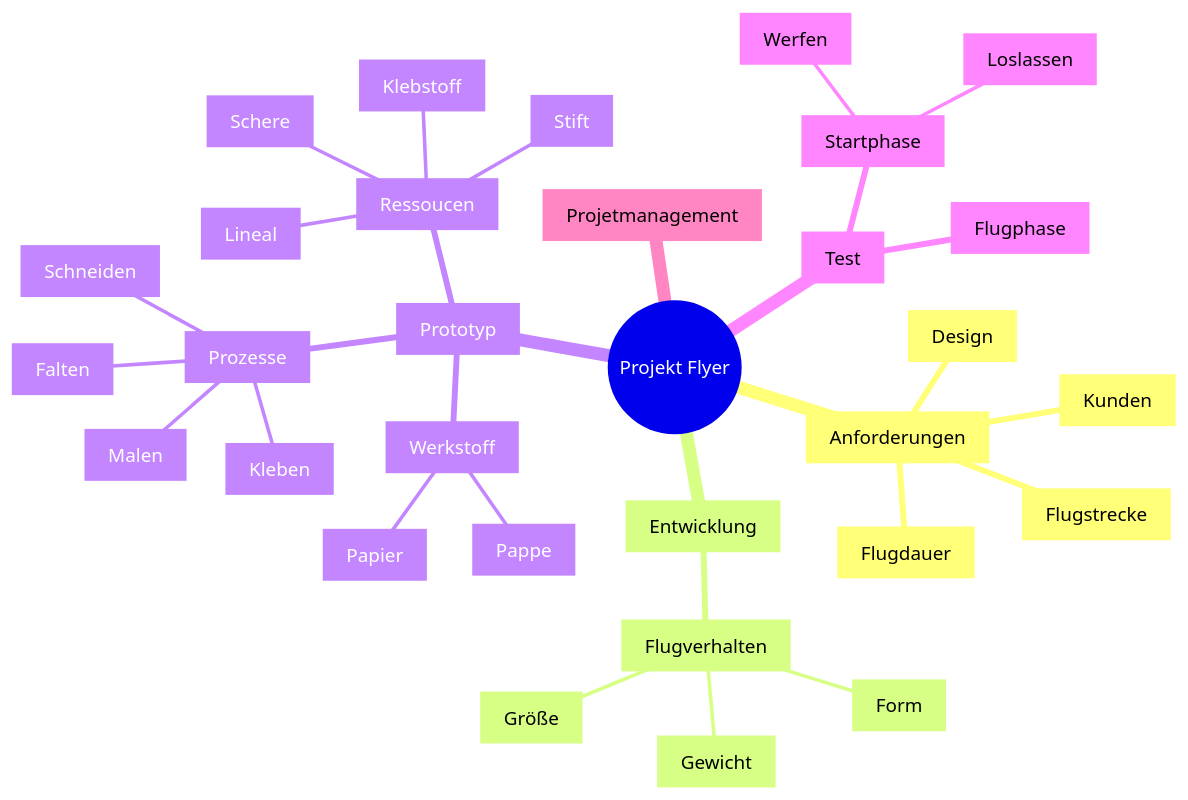
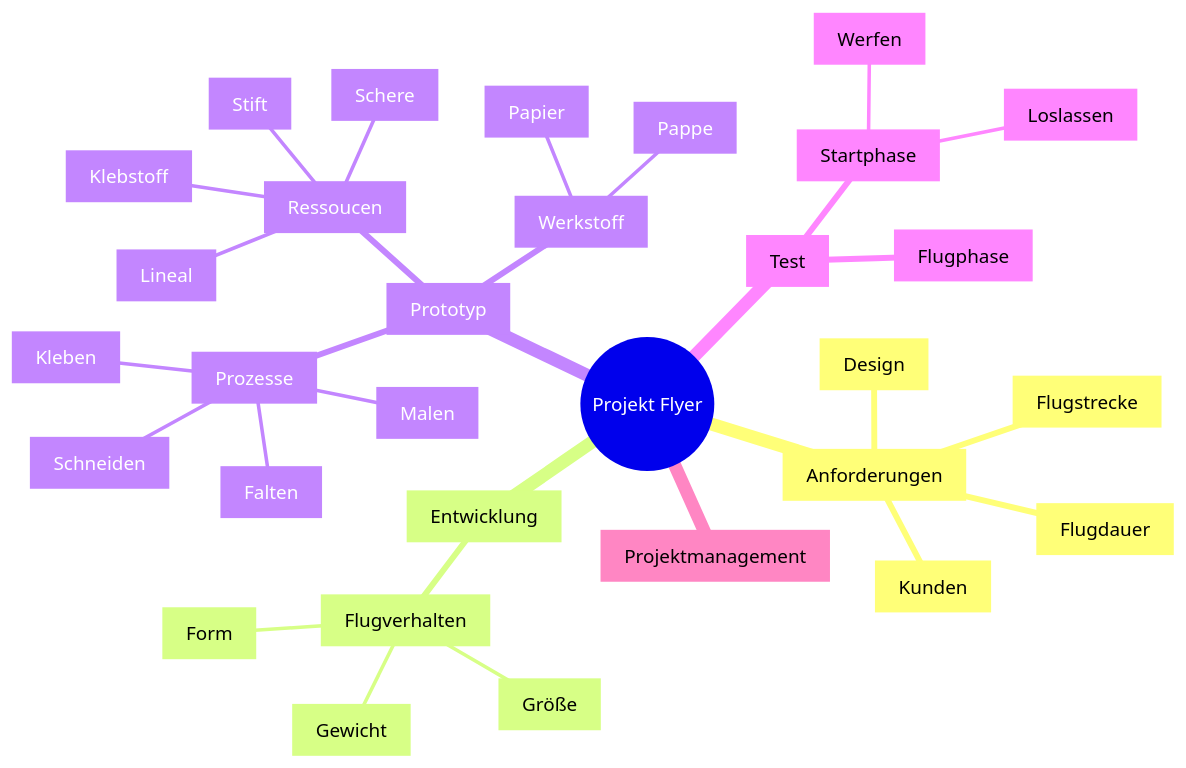
The diagram in Mindmap.qmd (mrossde/PE1_PE2), drawn with Mermaid before and after one commit. The commit also changed other lines of this file and 6 other files, not shown here.

````diff
--- a/Mindmap.qmd
+++ b/Mindmap.qmd
@@ -41,37 +41,37 @@
 ```{mermaid}
 %%| fig-width: 6.4
 %%| label: fig-label-mindmapflyer01
 %%| fig-cap: "Beispiel für eine mögliche Mindmap zum Laborprojekt *Flyer*"
 mindmap
   root((Projekt Flyer))
     [Anforderungen]
         [Flugdauer]
         [Flugstrecke]
         [Kunden]
         [Design]
     [Entwicklung]
         [Flugverhalten]
             [Gewicht]
             [Größe]
             [Form]
     [Prototyp]
         [Werkstoff]
             [Papier]
             [Pappe]
         [Prozesse]
             [Schneiden]
             [Falten]
             [Kleben]
             [Malen]
         [Ressoucen]
             [Stift]
             [Lineal]
             [Schere]
             [Klebstoff]
     [Test]
         [Startphase]
             [Werfen]
             [Loslassen]
         [Flugphase]
-    [Projetmanagement]
+    [Projektmanagement]
 ```
````
